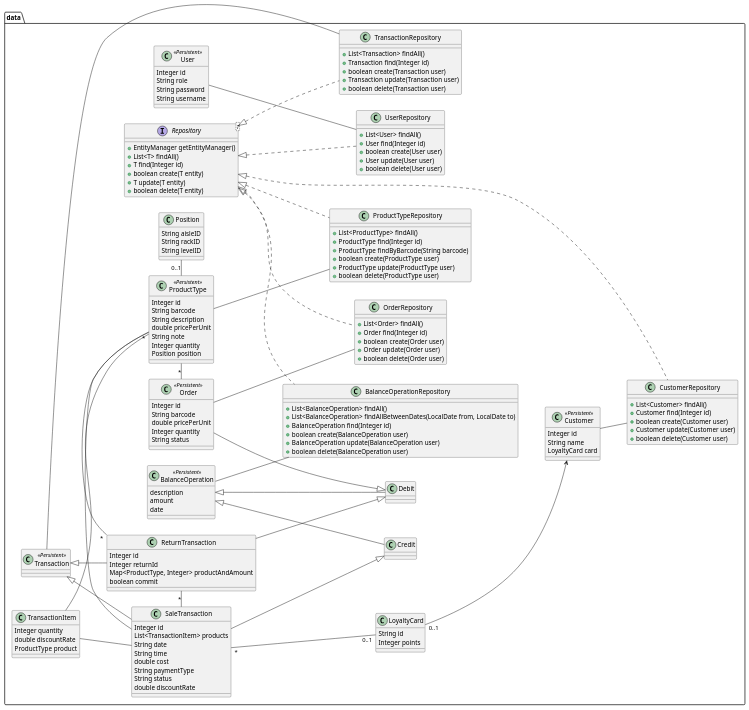
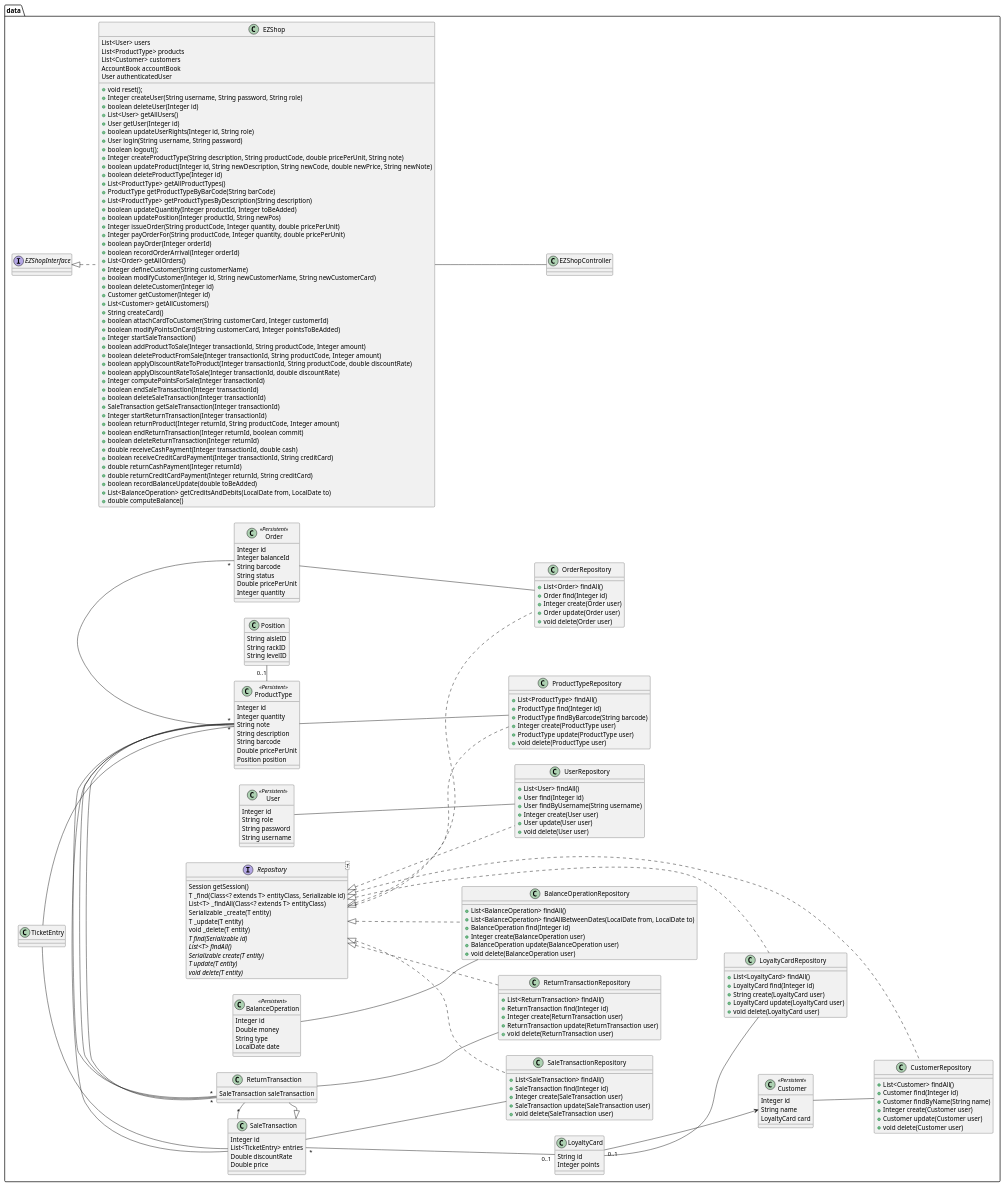
One commit to mspronesti/ezshop changed the second of 10 diagrams in Deliverables/DesignDocument.md. Above: the diagram before and after it, drawn with PlantUML. The commit also changed other lines of this file and 4 other files, not shown here.

```diff
--- a/Deliverables/DesignDocument.md
+++ b/Deliverables/DesignDocument.md
@@ -150,13 +51,81 @@
 
 package data {
 
+    interface EZShopInterface {
+    
+    }
+    
+    class EZShop implements EZShopInterface {
+        List<User> users
+        List<ProductType> products
+        List<Customer> customers
+        AccountBook accountBook
+        User authenticatedUser
+        + void reset();
+        + Integer createUser(String username, String password, String role)
+        + boolean deleteUser(Integer id)
+        + List<User> getAllUsers()
+        + User getUser(Integer id)
+        + boolean updateUserRights(Integer id, String role)
+        + User login(String username, String password)
+        + boolean logout();
+        + Integer createProductType(String description, String productCode, double pricePerUnit, String note)
+        + boolean updateProduct(Integer id, String newDescription, String newCode, double newPrice, String newNote)
+        + boolean deleteProductType(Integer id)
+        + List<ProductType> getAllProductTypes()
+        + ProductType getProductTypeByBarCode(String barCode)
+        + List<ProductType> getProductTypesByDescription(String description)
+        + boolean updateQuantity(Integer productId, Integer toBeAdded)
+        + boolean updatePosition(Integer productId, String newPos)
+        + Integer issueOrder(String productCode, Integer quantity, double pricePerUnit)
+        + Integer payOrderFor(String productCode, Integer quantity, double pricePerUnit)
+        + boolean payOrder(Integer orderId)
+        + boolean recordOrderArrival(Integer orderId)
+        + List<Order> getAllOrders()
+        + Integer defineCustomer(String customerName)
+        + boolean modifyCustomer(Integer id, String newCustomerName, String newCustomerCard)
+        + boolean deleteCustomer(Integer id)
+        + Customer getCustomer(Integer id)
+        + List<Customer> getAllCustomers()
+        + String createCard()
+        + boolean attachCardToCustomer(String customerCard, Integer customerId)
+        + boolean modifyPointsOnCard(String customerCard, Integer pointsToBeAdded)
+        + Integer startSaleTransaction()
+        + boolean addProductToSale(Integer transactionId, String productCode, Integer amount)
+        + boolean deleteProductFromSale(Integer transactionId, String productCode, Integer amount)
+        + boolean applyDiscountRateToProduct(Integer transactionId, String productCode, double discountRate)
+        + boolean applyDiscountRateToSale(Integer transactionId, double discountRate)
+        + Integer computePointsForSale(Integer transactionId)
+        + boolean endSaleTransaction(Integer transactionId)
+        + boolean deleteSaleTransaction(Integer transactionId)
+        + SaleTransaction getSaleTransaction(Integer transactionId)
+        + Integer startReturnTransaction(Integer transactionId)
+        + boolean returnProduct(Integer returnId, String productCode, Integer amount)
+        + boolean endReturnTransaction(Integer returnId, boolean commit)
+        + boolean deleteReturnTransaction(Integer returnId)
+        + double receiveCashPayment(Integer transactionId, double cash)
+        + boolean receiveCreditCardPayment(Integer transactionId, String creditCard)
+        + double returnCashPayment(Integer returnId)
+        + double returnCreditCardPayment(Integer returnId, String creditCard)
+        + boolean recordBalanceUpdate(double toBeAdded)
+        + List<BalanceOperation> getCreditsAndDebits(LocalDate from, LocalDate to)
+        + double computeBalance()
+    }
+    
+    EZShop -- EZShopController
+
     interface Repository<T> {
-        +EntityManager getEntityManager()
-        +List<T> findAll()
-        +T find(Integer id)
-        +boolean create(T entity)
-        +T update(T entity)
-        +boolean delete(T entity)
+        Session getSession()
+        T _find(Class<? extends T> entityClass, Serializable id)
+        List<T> _findAll(Class<? extends T> entityClass)
+        Serializable _create(T entity)
+        T _update(T entity)
+        void _delete(T entity)
+        {abstract} T find(Serializable id)
+        {abstract} List<T> findAll()
+        {abstract} Serializable create(T entity)
+        {abstract} T update(T entity)
+        {abstract} void delete(T entity)
     }
 
     class User <<Persistent>> {
@@ -169,9 +138,10 @@
     class UserRepository implements Repository {
         +List<User> findAll()
         +User find(Integer id)
-        +boolean create(User user)
+        +User findByUsername(String username)
+        +Integer create(User user)
         +User update(User user)
-        +boolean delete(User user)
+        +void delete(User user)
     }
 
     User -- UserRepository
@@ -185,34 +155,28 @@
     class CustomerRepository implements Repository {
         +List<Customer> findAll()
         +Customer find(Integer id)
-        +boolean create(Customer user)
+        +Customer findByName(String name)
+        +Integer create(Customer user)
         +Customer update(Customer user)
-        +boolean delete(Customer user)
+        +void delete(Customer user)
     }
 
     Customer -- CustomerRepository
 
     class BalanceOperation <<Persistent>> {
-        description
-        amount
-        date
-    }
-
-    class Credit extends BalanceOperation {
-
-    }
-
-    class Debit extends BalanceOperation {
-
+        Integer id
+        Double money
+        String type
+        LocalDate date
     }
 
     class BalanceOperationRepository implements Repository {
         +List<BalanceOperation> findAll()
         +List<BalanceOperation> findAllBetweenDates(LocalDate from, LocalDate to)
         +BalanceOperation find(Integer id)
-        +boolean create(BalanceOperation user)
+        +Integer create(BalanceOperation user)
         +BalanceOperation update(BalanceOperation user)
-        +boolean delete(BalanceOperation user)
+        +void delete(BalanceOperation user)
     }
 
     BalanceOperation -- BalanceOperationRepository
@@ -222,31 +186,42 @@
         Integer points
     }
 
+    class LoyaltyCardRepository implements Repository {
+        +List<LoyaltyCard> findAll()
+        +LoyaltyCard find(Integer id)
+        +String create(LoyaltyCard user)
+        +LoyaltyCard update(LoyaltyCard user)
+        +void delete(LoyaltyCard user)
+    }
+
+    LoyaltyCard -- LoyaltyCardRepository
+
     class Order <<Persistent>> {
         Integer id
+        Integer balanceId
         String barcode
-        double pricePerUnit
+        String status
+        Double pricePerUnit
         Integer quantity
-        String status
     }
 
     class OrderRepository implements Repository {
         +List<Order> findAll()
         +Order find(Integer id)
-        +boolean create(Order user)
+        +Integer create(Order user)
         +Order update(Order user)
-        +boolean delete(Order user)
+        +void delete(Order user)
     }
 
     Order -- OrderRepository
 
     class ProductType <<Persistent>> {
         Integer id
+        Integer quantity
+        String note
+        String description
         String barcode
-        String description
-        double pricePerUnit
-        String note
-        Integer quantity
+        Double pricePerUnit
         Position position
     }
 
@@ -254,9 +229,9 @@
         +List<ProductType> findAll()
         +ProductType find(Integer id)
         +ProductType findByBarcode(String barcode)
-        +boolean create(ProductType user)
+        +Integer create(ProductType user)
         +ProductType update(ProductType user)
-        +boolean delete(ProductType user)
+        +void delete(ProductType user)
     }
 
     ProductType -- ProductTypeRepository
@@ -267,47 +242,41 @@
         String levelID
     }
 
-    class Transaction <<Persistent>> {
+    class SaleTransactionRepository implements Repository {
+        +List<SaleTransaction> findAll()
+        +SaleTransaction find(Integer id)
+        +Integer create(SaleTransaction user)
+        +SaleTransaction update(SaleTransaction user)
+        +void delete(SaleTransaction user)
     }
 
-    class TransactionRepository implements Repository {
-        +List<Transaction> findAll()
-        +Transaction find(Integer id)
-        +boolean create(Transaction user)
-        +Transaction update(Transaction user)
-        +boolean delete(Transaction user)
+    class SaleTransaction {
+        Integer id
+        List<TicketEntry> entries
+        Double discountRate
+        Double price
+    }
+    
+    class ReturnTransaction extends SaleTransaction {
+        SaleTransaction saleTransaction
     }
 
-    Transaction -- TransactionRepository
+    SaleTransaction -- SaleTransactionRepository
+    
+    class ReturnTransactionRepository implements Repository {
+        +List<ReturnTransaction> findAll()
+        +ReturnTransaction find(Integer id)
+        +Integer create(ReturnTransaction user)
+        +ReturnTransaction update(ReturnTransaction user)
+        +void delete(ReturnTransaction user)
+    }
+    
+    ReturnTransaction -- ReturnTransactionRepository
 
-    class ReturnTransaction extends Transaction {
-        Integer id
-        Integer returnId
-        Map<ProductType, Integer> productAndAmount
-        boolean commit
-    }
-
-    class TransactionItem {
-        Integer quantity
-        double discountRate
-        ProductType product
-    }
-
-    class SaleTransaction extends Transaction {
-        Integer id
-        List<TransactionItem> products
-        String date
-        String time
-        double cost
-        String paymentType
-        String status
-        double discountRate
-    }
-
-    Order --|> Debit
     Order "*" - ProductType
 
     SaleTransaction - "*" ProductType
+    ReturnTransaction - "*" ProductType
 
     LoyaltyCard "0..1" --> Customer
 
@@ -317,12 +286,10 @@
 
     ReturnTransaction "*" - SaleTransaction
     ReturnTransaction "*" - ProductType
+    ReturnTransaction "*" - ProductType
 
-    TransactionItem -- SaleTransaction
-    TransactionItem -- ProductType
-
-    SaleTransaction --|> Credit
-    ReturnTransaction --|> Debit
+    TicketEntry -- SaleTransaction
+    TicketEntry -- ProductType
 }
 
 @enduml
```
